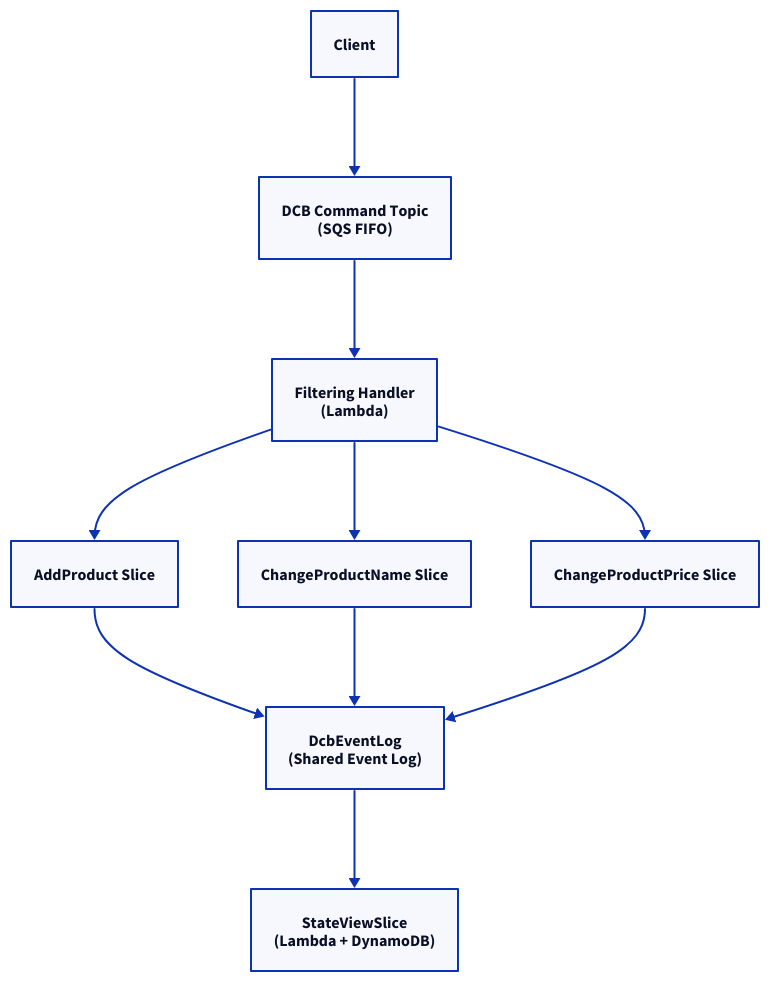
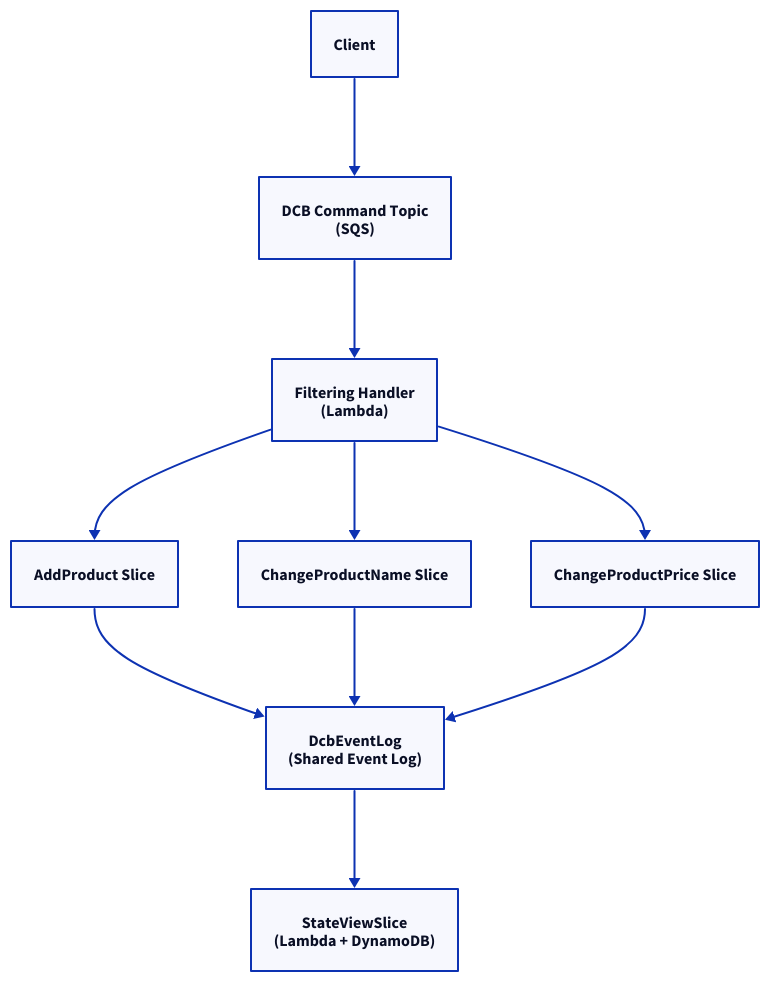
Before and after one commit to ReventlessDev/reventless-core: the diagram in packages/doc/docs-app/dcb-slices.md, drawn with D2. The commit also changed 48 other files, not shown here.

````diff
--- a/packages/doc/docs-app/dcb-slices.md
+++ b/packages/doc/docs-app/dcb-slices.md
@@ -22,20 +22,20 @@
 ```d2
 Client: Client { class: client }
-CommandTopic: "DCB Command Topic\n(SQS FIFO)" { class: command-topic }
+CommandTopic: "DCB Command Topic\n(SQS)" { class: command-topic }
 FilteringHandler: "Filtering Handler\n(Lambda)"
 Slice1: AddProduct Slice { class: state-change-slice }
 Slice2: ChangeProductName Slice { class: state-change-slice }
 Slice3: ChangeProductPrice Slice { class: state-change-slice }
 DcbEventLog: "DcbEventLog\n(Shared Event Log)" { class: dcb-event-log }
 ViewSlice1: "StateViewSlice\n(Lambda + DynamoDB)" { class: state-view-slice }
 
 Client -> CommandTopic: { class: command-flow }
 CommandTopic -> FilteringHandler: { class: command-flow }
 FilteringHandler -> Slice1: { class: command-flow }
 FilteringHandler -> Slice2: { class: command-flow }
 FilteringHandler -> Slice3: { class: command-flow }
 Slice1 -> DcbEventLog: { class: event-flow }
 Slice2 -> DcbEventLog: { class: event-flow }
 Slice3 -> DcbEventLog: { class: event-flow }
 DcbEventLog -> ViewSlice1: { class: projection-flow }
 ```
````
